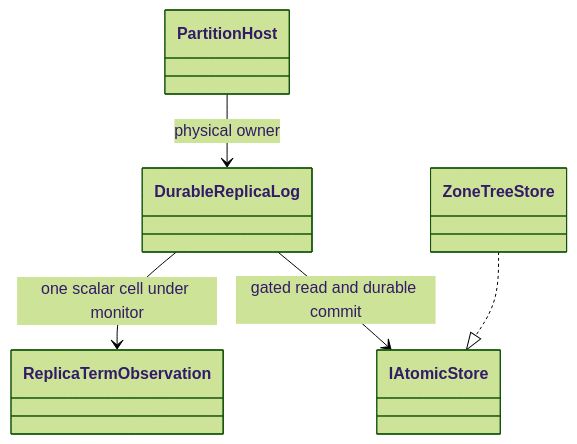
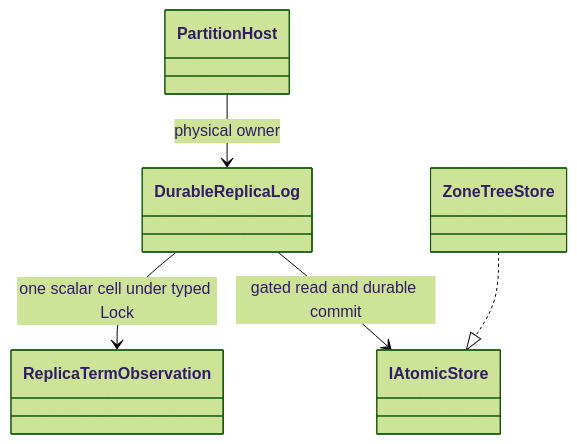
One commit to managedcode/KeyLoad changed diagram 38 of 45 in docs/Architecture.md. Above: the diagram before and after it, drawn with Mermaid (forest theme). The commit also changed other lines of this file and 261 other files, not shown here.

First line of the commit message:
Checkpoint functional query flows and current implementation stages

````diff
--- a/docs/Architecture.md
+++ b/docs/Architecture.md
@@ -921,12 +935,12 @@
 ```mermaid
 classDiagram
     class PartitionHost
     class DurableReplicaLog
     class ReplicaTermObservation
     class IAtomicStore
     class ZoneTreeStore
     PartitionHost --> DurableReplicaLog : physical owner
-    DurableReplicaLog --> ReplicaTermObservation : one scalar cell under monitor
+    DurableReplicaLog --> ReplicaTermObservation : one scalar cell under typed Lock
     DurableReplicaLog --> IAtomicStore : gated read and durable commit
     ZoneTreeStore ..|> IAtomicStore
 ```
````
